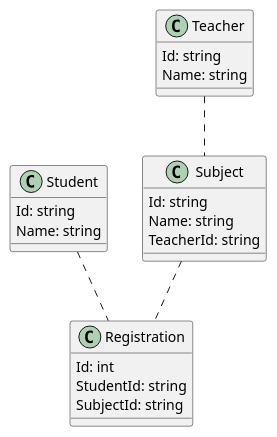
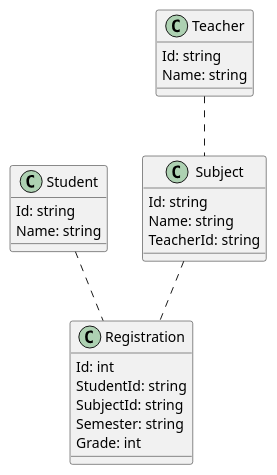
Before and after one commit to super-speed-training/code-lunch: the diagram in src/query-basic/ClassDiagram.md, drawn with PlantUML. The commit also changed 4 other files, not shown here.

```diff
--- a/src/query-basic/ClassDiagram.md
+++ b/src/query-basic/ClassDiagram.md
@@ -1,29 +1,31 @@
 @startuml
 
 class Student {
   Id: string
   Name: string
 }
 
 class Teacher {
   Id: string
   Name: string
 }
 
 class Subject {
   Id: string
   Name: string
   TeacherId: string
 }
 
 class Registration {
   Id: int
   StudentId: string
   SubjectId: string
+  Semester: string
+  Grade: int
 }
 
 Teacher .. Subject 
 Student .. Registration
 Subject .. Registration
 
 @enduml
```
